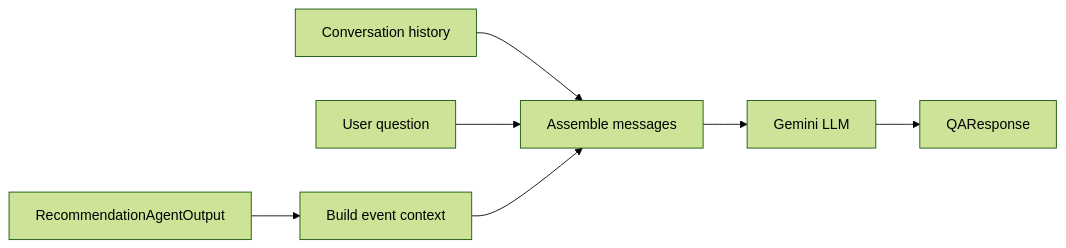
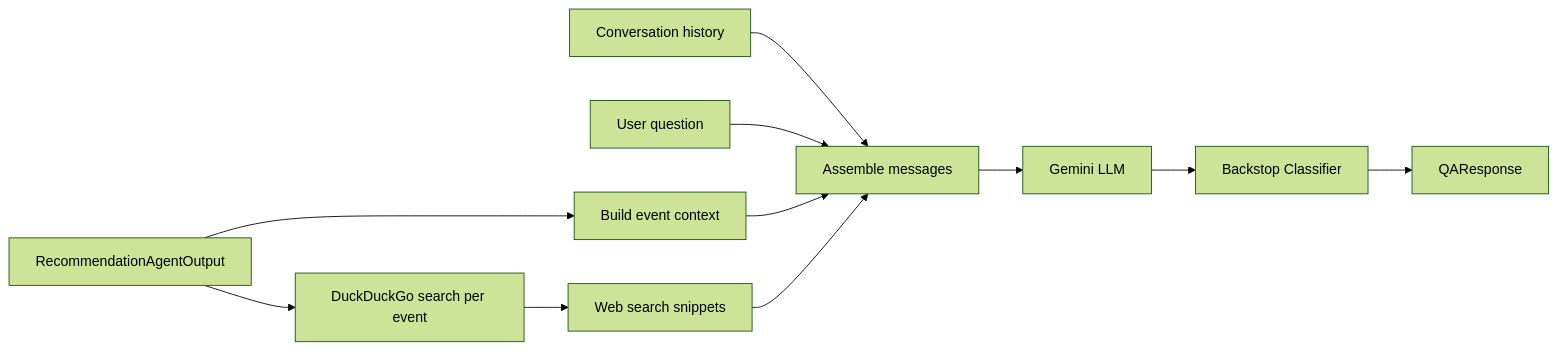
Before and after one commit to ritwiksharan/event-recommendor: the seventh of 9 diagrams in README.md, drawn with Mermaid (forest theme). The commit also changed other lines of this file and 2 other files, not shown here.

First line of the commit message:
Deeper blue-purple theme + README update for QA agent web search

````diff
--- a/README.md
+++ b/README.md
@@ -455,9 +456,13 @@
 ```mermaid
 flowchart LR
     recs[RecommendationAgentOutput] --> ctx[Build event context]
+    recs --> search[DuckDuckGo search per event]
+    search --> enrich[Web search snippets]
     hist[Conversation history] --> msgs[Assemble messages]
     q[User question] --> msgs
     ctx --> msgs
+    enrich --> msgs
     msgs --> llm[Gemini LLM]
-    llm --> out[QAResponse]
+    llm --> backstop[Backstop Classifier]
+    backstop --> out[QAResponse]
 ```
````
